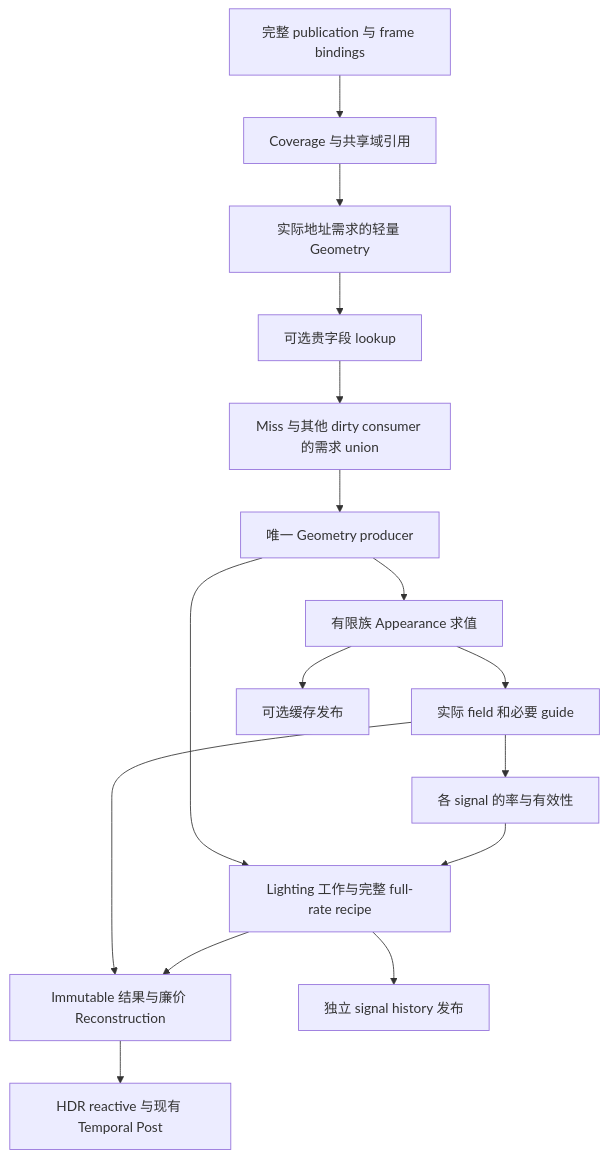
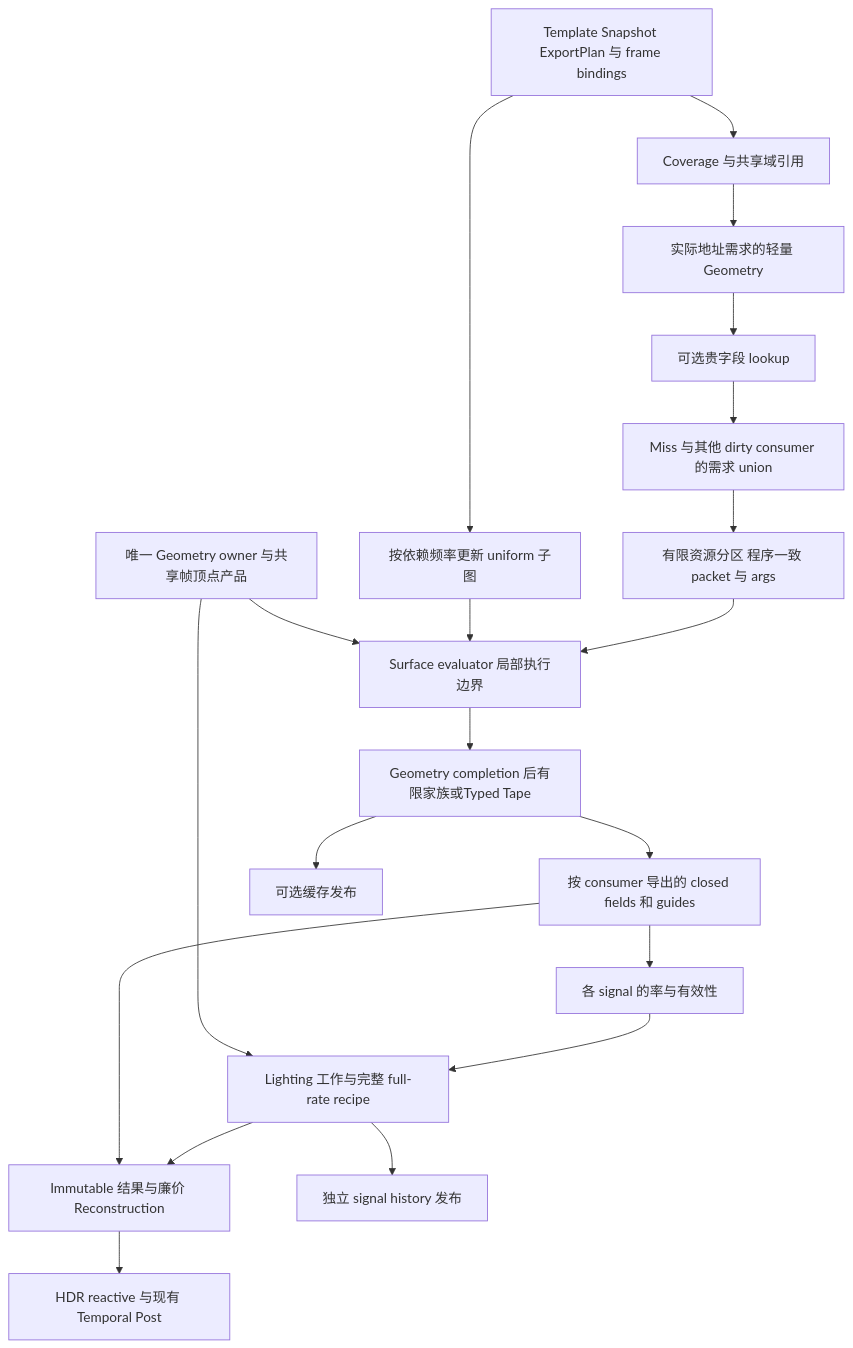
The diagram in docs/next-design/eengine-extreme-performance-rebuild-2026-10.md (bigbigbig2/EEngine), drawn with Mermaid before and after one commit. The commit also changed other lines of this file and 131 other files, not shown here.

````diff
--- a/docs/next-design/eengine-extreme-performance-rebuild-2026-10.md
+++ b/docs/next-design/eengine-extreme-performance-rebuild-2026-10.md
@@ -245,18 +328,22 @@
 ```mermaid
 flowchart TD
-  P[完整 publication 与 frame bindings] --> C[Coverage 与共享域引用]
+  P[Template Snapshot ExportPlan 与 frame bindings] --> U[按依赖频率更新 uniform 子图]
+  P --> C[Coverage 与共享域引用]
   C --> A[实际地址需求的轻量 Geometry]
   A --> L[可选贵字段 lookup]
   L --> D[Miss 与其他 dirty consumer 的需求 union]
-  D --> G[唯一 Geometry producer]
-  G --> M[有限族 Appearance 求值]
-  M --> F[实际 field 和必要 guide]
+  D --> B[有限资源分区 程序一致 packet 与 args]
+  B --> S[Surface evaluator 局部执行边界]
+  U --> S
+  G[唯一 Geometry owner 与共享帧顶点产品] --> S
+  S --> M[Geometry completion 后有限家族或Typed Tape]
+  M --> F[按 consumer 导出的 closed fields 和 guides]
   F --> R[各 signal 的率与有效性]
   R --> W[Lighting 工作与完整 full-rate recipe]
   G --> W
   W --> O[Immutable 结果与廉价 Reconstruction]
   F --> O
   O --> T[HDR reactive 与现有 Temporal Post]
   M --> K[可选缓存发布]
   W --> H[独立 signal history 发布]
 ```
````
